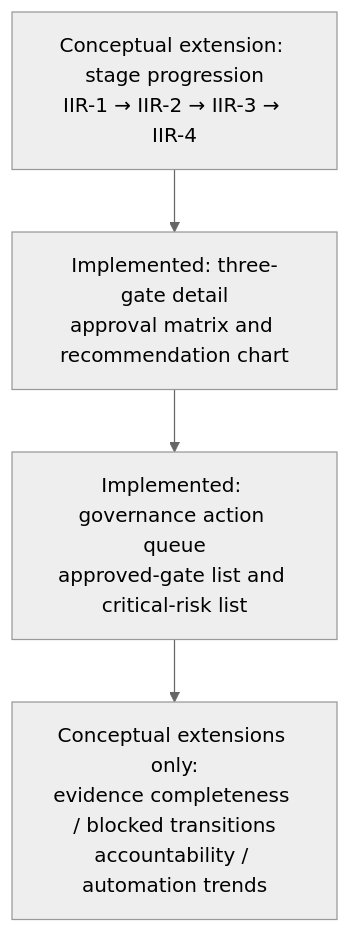
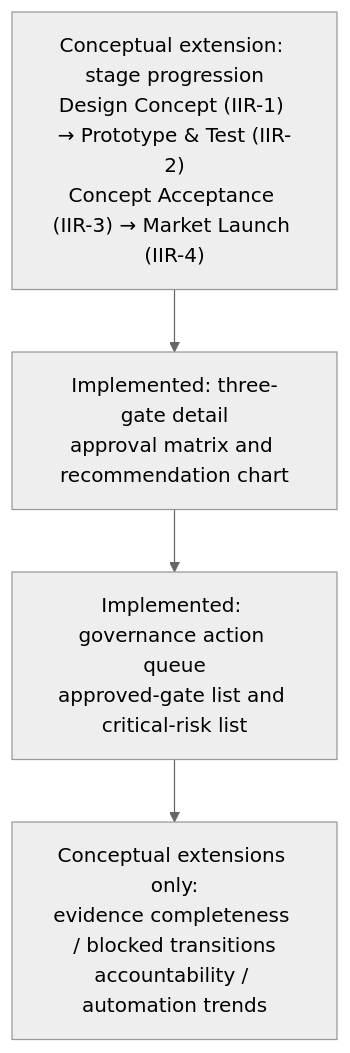
The second of 2 diagrams in 06-dashboard/conceptual-innovation-governance-dashboard.md (VahidMohammadii/innovation-management-system-jira), drawn with Mermaid (neutral theme) before and after one commit. The commit also changed other lines of this file, not shown here.

Commit message:
docs: polish employer-readable issue names and diagram labels

````diff
--- a/06-dashboard/conceptual-innovation-governance-dashboard.md
+++ b/06-dashboard/conceptual-innovation-governance-dashboard.md
@@ -54,8 +54,8 @@
 ```mermaid
 flowchart TB
-    ROADMAP["Conceptual extension: stage progression<br/>IIR-1 → IIR-2 → IIR-3 → IIR-4"]
+    ROADMAP["Conceptual extension: stage progression<br/>Design Concept (IIR-1) → Prototype & Test (IIR-2)<br/>Concept Acceptance (IIR-3) → Market Launch (IIR-4)"]
     GATES["Implemented: three-gate detail<br/>approval matrix and recommendation chart"]
     ACTION["Implemented: governance action queue<br/>approved-gate list and critical-risk list"]
     FUTURE["Conceptual extensions only:<br/>evidence completeness / blocked transitions<br/>accountability / automation trends"]
     ROADMAP --> GATES --> ACTION --> FUTURE
 ```
````
